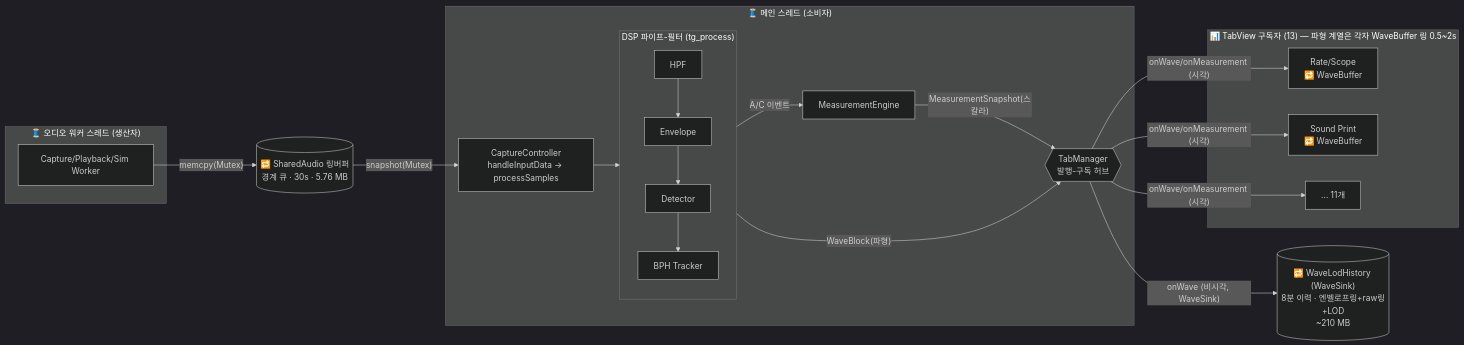
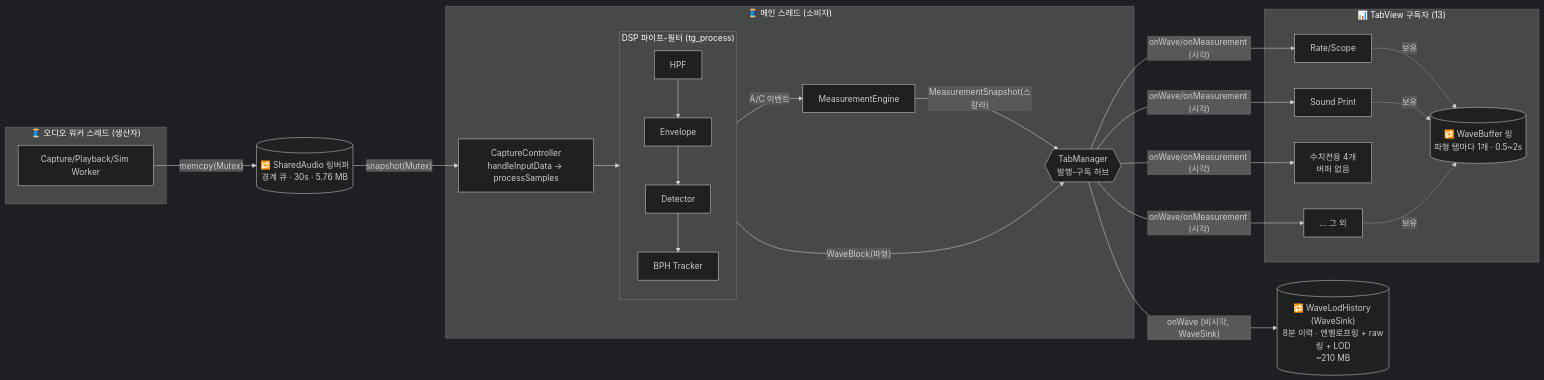
Before and after one commit to jaehong179/architect_cmu: the third of 4 diagrams in documents/archive/ARCHITECTURE.md, drawn with Mermaid (dark theme). The commit also changed other lines of this file, not shown here.

Commit message:
docs(archive): draw per-tab WaveBuffer as a distinct ring node in C&C view
The WaveBuffer was only inline text on tab nodes, so it read as "no buffer" on
the subscriber side. Now all three buffers are cylinder/ring nodes for parity
(SharedAudio boundary ring, per-tab WaveBuffer ring "one per wave tab 0.5~2s",
central WaveLodHistory), with "보유" edges from wave tabs and the scalar-only
tabs explicitly marked "버퍼 없음".

````diff
--- a/documents/archive/ARCHITECTURE.md
+++ b/documents/archive/ARCHITECTURE.md
@@ -160,32 +160,37 @@
 ```mermaid
 flowchart LR
     subgraph WT["🧵 오디오 워커 스레드 (생산자)"]
         W[Capture/Playback/Sim Worker]
     end
     RB[("🔁 SharedAudio 링버퍼<br/>경계 큐 · 30s · 5.76 MB")]
 
     subgraph MT["🧵 메인 스레드 (소비자)"]
         CC[CaptureController<br/>handleInputData → processSamples]
         subgraph PF["DSP 파이프-필터 (tg_process)"]
             HPF[HPF] --> ENV[Envelope] --> DETf[Detector] --> BPHf[BPH Tracker]
         end
         ME[MeasurementEngine]
         TM{{TabManager<br/>발행-구독 허브}}
     end
 
-    subgraph TABS["📊 TabView 구독자 (13) — 파형 계열은 각자 WaveBuffer 링 0.5~2s"]
-        T1["Rate/Scope<br/>🔁 WaveBuffer"]
-        T2["Sound Print<br/>🔁 WaveBuffer"]
-        T3[... 11개]
+    subgraph TABS["📊 TabView 구독자 (13)"]
+        T1[Rate/Scope]
+        T2[Sound Print]
+        T3[수치전용 4개<br/>버퍼 없음]
+        T4[... 그 외]
+        WB[("🔁 WaveBuffer 링<br/>파형 탭마다 1개 · 0.5~2s")]
     end
-    HIST[("🔁 WaveLodHistory (WaveSink)<br/>8분 이력 · 엔벨로프링+raw링+LOD<br/>~210 MB")]
+    HIST[("🔁 WaveLodHistory (WaveSink)<br/>8분 이력 · 엔벨로프링 + raw링 + LOD<br/>~210 MB")]
 
     W -- "memcpy(Mutex)" --> RB
     RB -- "snapshot(Mutex)" --> CC
     CC --> PF
     PF -- "A/C 이벤트" --> ME
     PF -- "WaveBlock(파형)" --> TM
     ME -- "MeasurementSnapshot(스칼라)" --> TM
-    TM -- "onWave/onMeasurement (시각)" --> T1 & T2 & T3
+    TM -- "onWave/onMeasurement (시각)" --> T1 & T2 & T3 & T4
+    T1 -. 보유 .-> WB
+    T2 -. 보유 .-> WB
+    T4 -. 보유 .-> WB
     TM -- "onWave (비시각, WaveSink)" --> HIST
 ```
````
